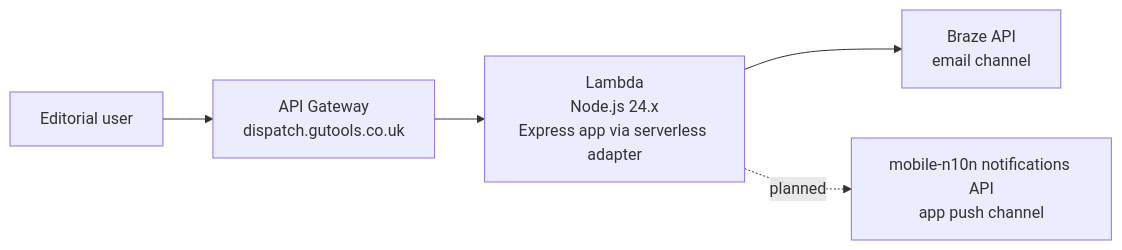
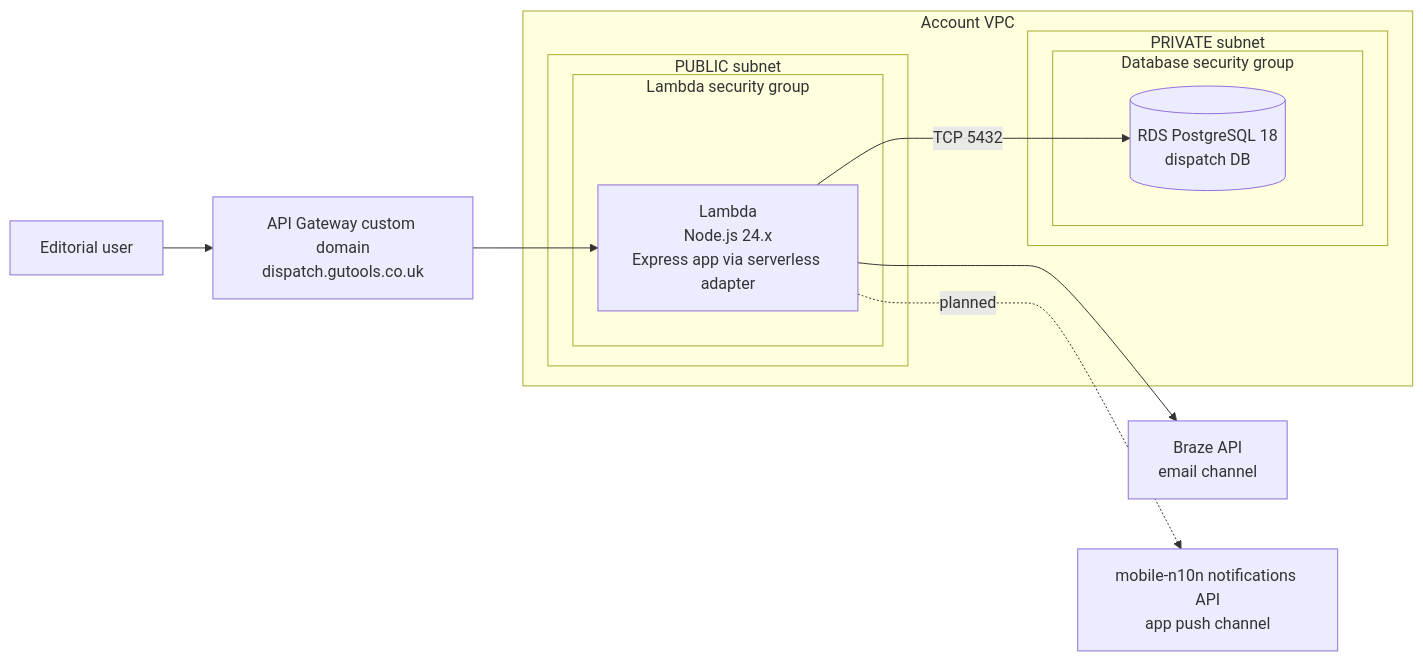
One commit to guardian/notifications-tooling changed the diagram in README.md. Above: the diagram before and after it, drawn with Mermaid. The commit also changed other lines of this file, not shown here.

Commit message:
update architecture diagram in README.

````diff
--- a/README.md
+++ b/README.md
@@ -125,8 +125,24 @@
 ```mermaid
 flowchart LR
-    Editor[Editorial user] --> APIGW[API Gateway\ndispatch.gutools.co.uk]
-    APIGW --> Lambda[Lambda\nNode.js 24.x\nExpress app via serverless adapter]
+	Editor[Editorial user] --> APIGW[API Gateway custom domain\ndispatch.gutools.co.uk]
+    APIGW --> Lambda
+
+    subgraph VPC[Account VPC]
+        subgraph SUBNET1[PUBLIC subnet]
+            subgraph SG1[Lambda security group]
+                Lambda[Lambda\nNode.js 24.x\nExpress app via serverless adapter]
+            end
+        end
+
+        subgraph SUBNET2[PRIVATE subnet]
+            subgraph SG2[Database security group]
+                RDS[(RDS PostgreSQL 18\ndispatch DB)]
+            end
+        end
+    end
 
     Lambda --> Braze[Braze API\nemail channel]
     Lambda -. planned .-> N10N[mobile-n10n notifications API\napp push channel]
+
+    Lambda -->|TCP 5432| RDS
 ```
````
